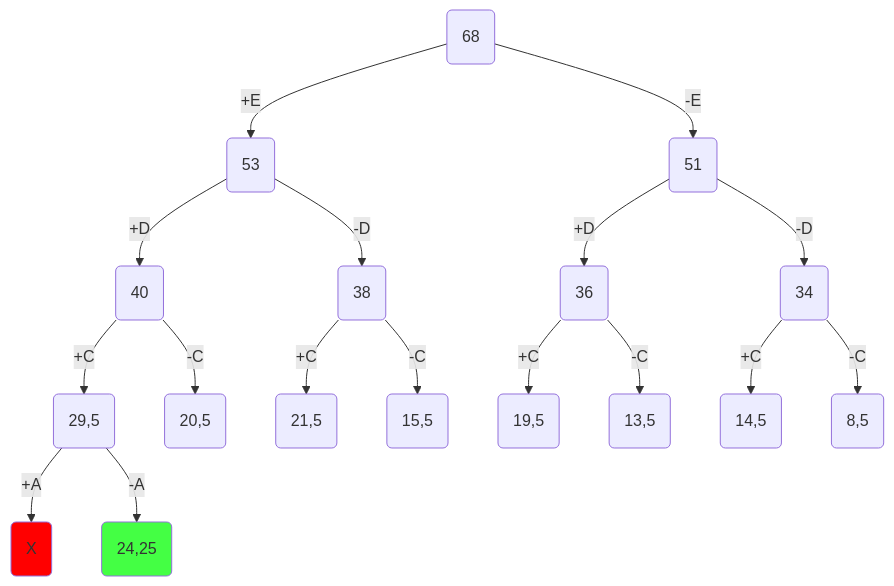
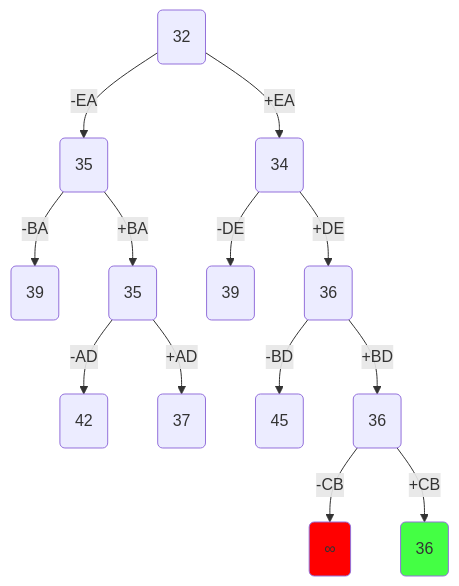
The ninth of 9 diagrams in nevermind.md (hse-algo-24-owl/manual-tasks-owl), drawn with Mermaid before and after one commit. The commit also changed other lines of this file, not shown here.

````diff
--- a/nevermind.md
+++ b/nevermind.md
@@ -253,39 +402,32 @@
-``` mermaid
+```mermaid
 flowchart TD
-A(68)
-B(53)
-C(51)
-D(40)
-E(38)
-F(36)
-G(34)
-H(29,5)
-I(20,5)
-J(21,5)
-K(15,5)
-L(19,5)
-M(13,5)
-N(14,5)
-O(8,5)
-P(X)
-Q(24,25)
-A -- +E--> B
-A -- -E--> C
-B -- +D--> D
-B -- -D--> E
-C -- +D--> F
-C -- -D--> G
-D -- +C--> H
-D -- -C--> I
-E -- +C--> J
-E -- -C--> K
-F -- +C--> L
-F -- -C--> M
-G -- +C--> N
-G -- -C--> O
-H -- +A--> P
-H -- -A--> Q
+A(32)
+B(35)
+C(34)
+D(39)
+E(36)
+F(39)
+G(35)
+H(42)
+I(37)
+J(45)
+K(36)
+L(∞)
+M(36)
 
-style P fill:#FF0000
-style Q fill:#4f4f
+A -- -EA --> B
+A -- +EA --> C
+C -- -DE --> D
+C -- +DE --> E
+B -- -BA --> F
+B -- +BA --> G
+G -- -AD --> H
+G -- +AD --> I
+E -- -BD --> J
+E -- +BD --> K
+K -- -CB --> L
+K -- +CB --> M
+
+style L fill:#ff0000
+style M fill:#4f4f
 ```
````
